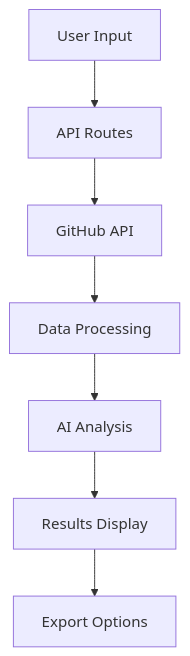
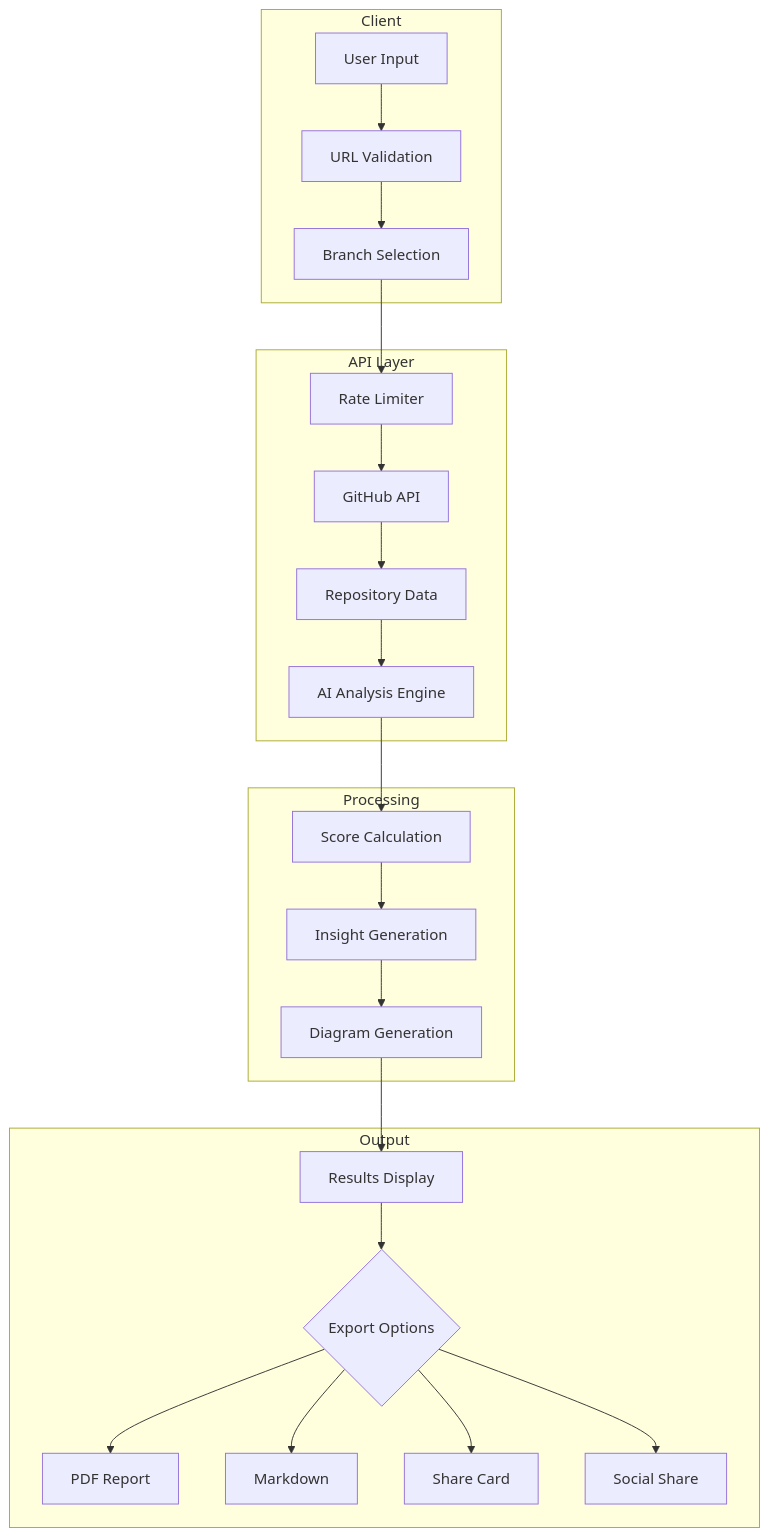
The diagram in README.md (Devsethi3/Repo-Gist), drawn with Mermaid before and after one commit. The commit also changed other lines of this file and 2 other files, not shown here.

Commit message:
docs: update README with new export and branch features

````diff
--- a/README.md
+++ b/README.md
@@ -496,9 +272,29 @@
 ```mermaid
-flowchart TD
-    A[User Input] --> B[API Routes]
-    B --> C[GitHub API]
-    C --> D[Data Processing]
-    D --> E[AI Analysis]
-    E --> F[Results Display]
-    F --> G[Export Options]
+flowchart TB
+    subgraph Client
+        A[User Input] --> B[URL Validation]
+        B --> C[Branch Selection]
+    end
+
+    subgraph API Layer
+        C --> D[Rate Limiter]
+        D --> E[GitHub API]
+        E --> F[Repository Data]
+        F --> G[AI Analysis Engine]
+    end
+
+    subgraph Processing
+        G --> H[Score Calculation]
+        H --> I[Insight Generation]
+        I --> J[Diagram Generation]
+    end
+
+    subgraph Output
+        J --> K[Results Display]
+        K --> L{Export Options}
+        L --> M[PDF Report]
+        L --> N[Markdown]
+        L --> O[Share Card]
+        L --> P[Social Share]
+    end
 ```
````
